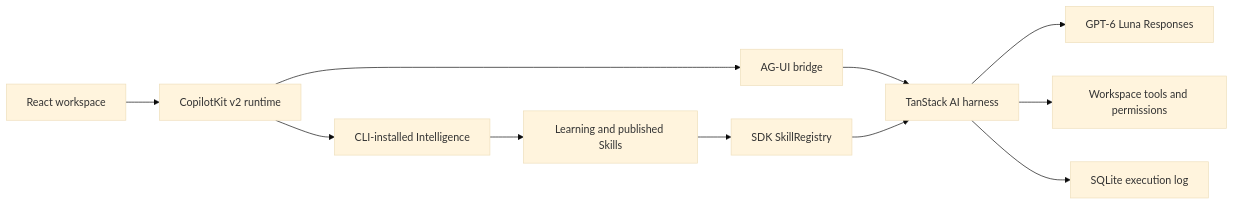
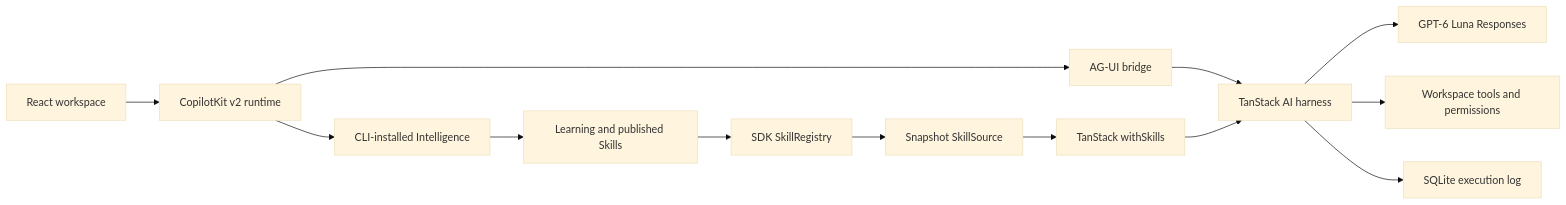
The diagram in docs/ARCHITECTURE.md (MikeRyanDev/bookish-guacamole), drawn with Mermaid (base theme) before and after one commit. The commit also changed other lines of this file and 13 other files, not shown here.

Commit message:
feat(runtime): load Intelligence skills through TanStack

````diff
--- a/docs/ARCHITECTURE.md
+++ b/docs/ARCHITECTURE.md
@@ -3,13 +3,15 @@
 ```mermaid
 flowchart LR
   Browser[React workspace] --> Runtime[CopilotKit v2 runtime]
   Runtime --> Intelligence[CLI-installed Intelligence]
   Runtime --> Bridge[AG-UI bridge]
   Bridge --> Harness[TanStack AI harness]
   Harness --> Luna[GPT-6 Luna Responses]
   Harness --> Tools[Workspace tools and permissions]
   Harness --> Log[SQLite execution log]
   Intelligence --> Learning[Learning and published Skills]
   Learning --> Registry[SDK SkillRegistry]
-  Registry --> Harness
+  Registry --> Source[Snapshot SkillSource]
+  Source --> Skills[TanStack withSkills]
+  Skills --> Harness
 ```
````
